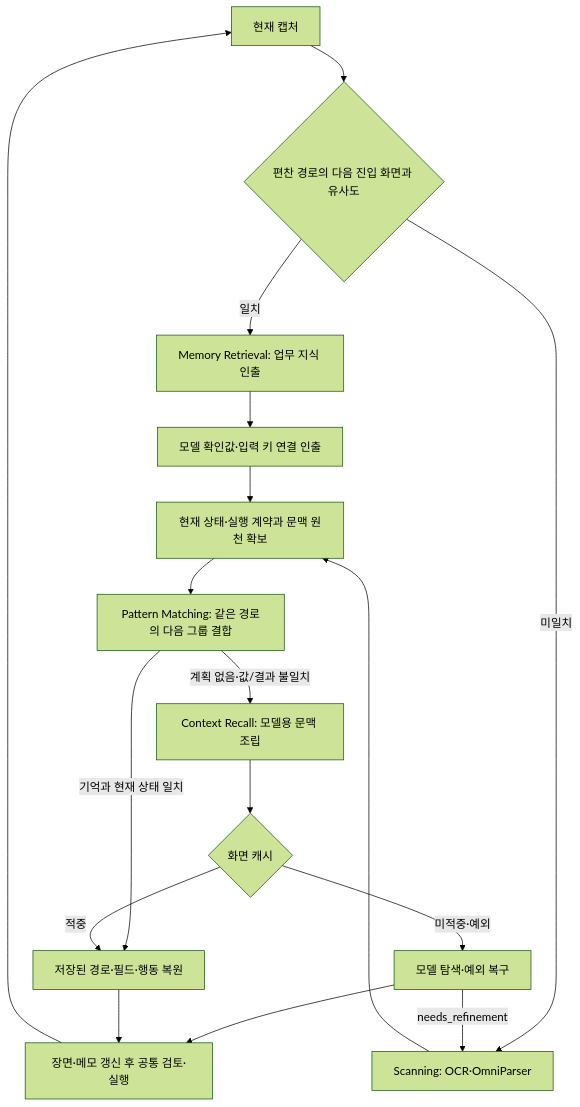
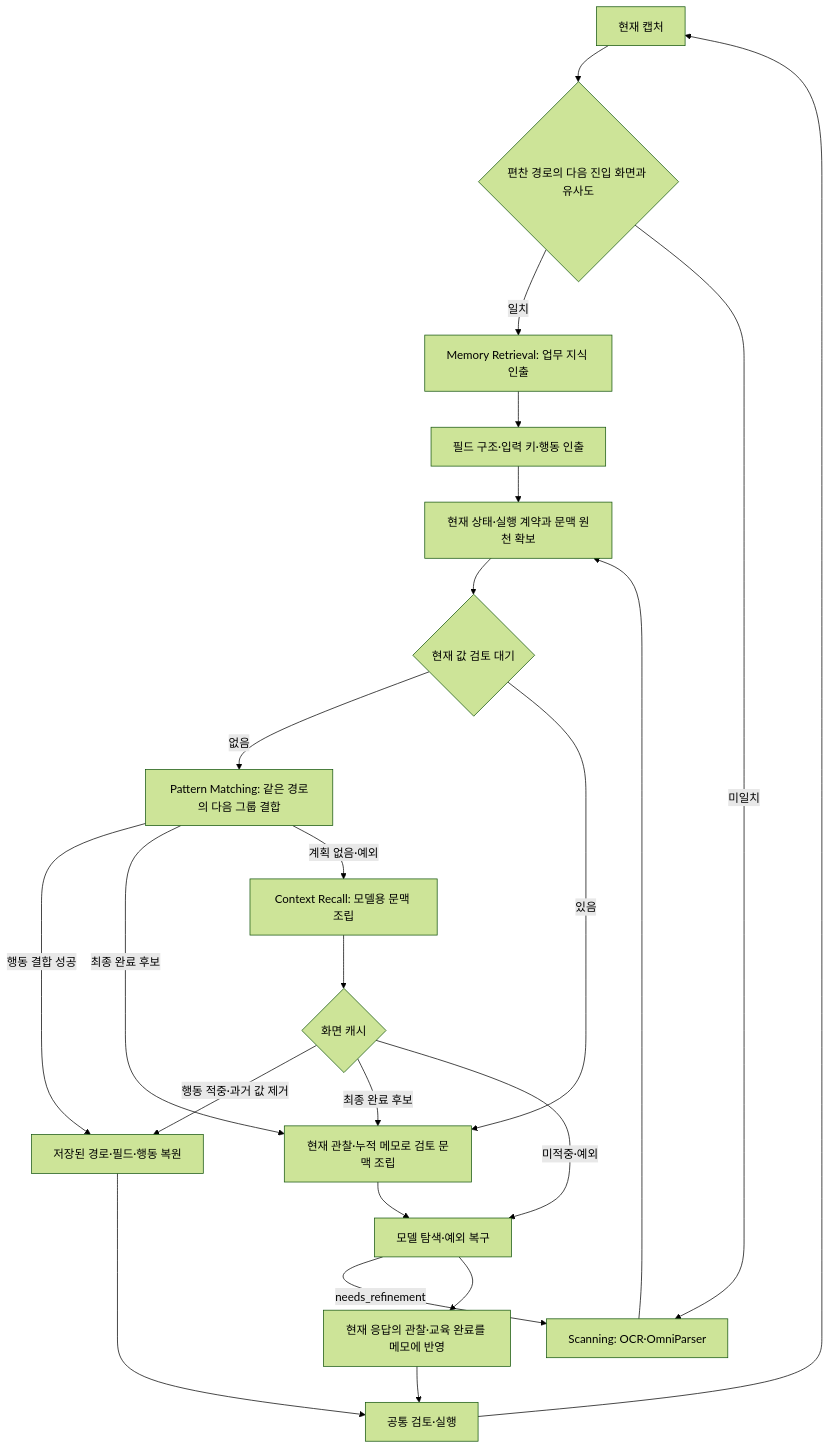
Before and after one commit to Dreamtreeme/agent-sawon: the third of 3 diagrams in docs/code-flow.md, drawn with Mermaid (forest theme). The commit also changed other lines of this file and 14 other files, not shown here.

First line of the commit message:
fix: reuse memory structure without restoring historical values

````diff
--- a/docs/code-flow.md
+++ b/docs/code-flow.md
@@ -68,19 +68,25 @@
 ```mermaid
 flowchart TD
     CAP[현재 캡처] --> SIM{편찬 경로의 다음 진입 화면과 유사도}
     SIM -->|일치| MEM[Memory Retrieval: 업무 지식 인출]
     SIM -->|미일치| SCAN[Scanning: OCR·OmniParser]
-    MEM --> VALUES[모델 확인값·입력 키 연결 인출]
-    VALUES --> STATE[현재 상태·실행 계약과 문맥 원천 확보]
+    MEM --> STRUCTURE[필드 구조·입력 키·행동 인출]
+    STRUCTURE --> STATE[현재 상태·실행 계약과 문맥 원천 확보]
     SCAN --> STATE
-    STATE --> MATCH[Pattern Matching: 같은 경로의 다음 그룹 결합]
-    MATCH -->|기억과 현재 상태 일치| RESTORE[저장된 경로·필드·행동 복원]
-    MATCH -->|계획 없음·값/결과 불일치| RECALL[Context Recall: 모델용 문맥 조립]
+    STATE --> NEED{현재 값 검토 대기}
+    NEED -->|없음| MATCH[Pattern Matching: 같은 경로의 다음 그룹 결합]
+    NEED -->|있음| CURRENT[현재 관찰·누적 메모로 검토 문맥 조립]
+    MATCH -->|행동 결합 성공| RESTORE[저장된 경로·필드·행동 복원]
+    MATCH -->|최종 완료 후보| CURRENT
+    MATCH -->|계획 없음·예외| RECALL[Context Recall: 모델용 문맥 조립]
     RECALL --> CACHE{화면 캐시}
-    CACHE -->|적중| RESTORE
+    CACHE -->|행동 적중·과거 값 제거| RESTORE
+    CACHE -->|최종 완료 후보| CURRENT
     CACHE -->|미적중·예외| DECIDE[모델 탐색·예외 복구]
+    CURRENT --> DECIDE
     DECIDE -->|needs_refinement| SCAN
-    DECIDE --> EXEC[장면·메모 갱신 후 공통 검토·실행]
+    DECIDE --> MEMO[현재 응답의 관찰·교육 완료를 메모에 반영]
+    MEMO --> EXEC[공통 검토·실행]
     RESTORE --> EXEC
     EXEC --> CAP
 ```
````
